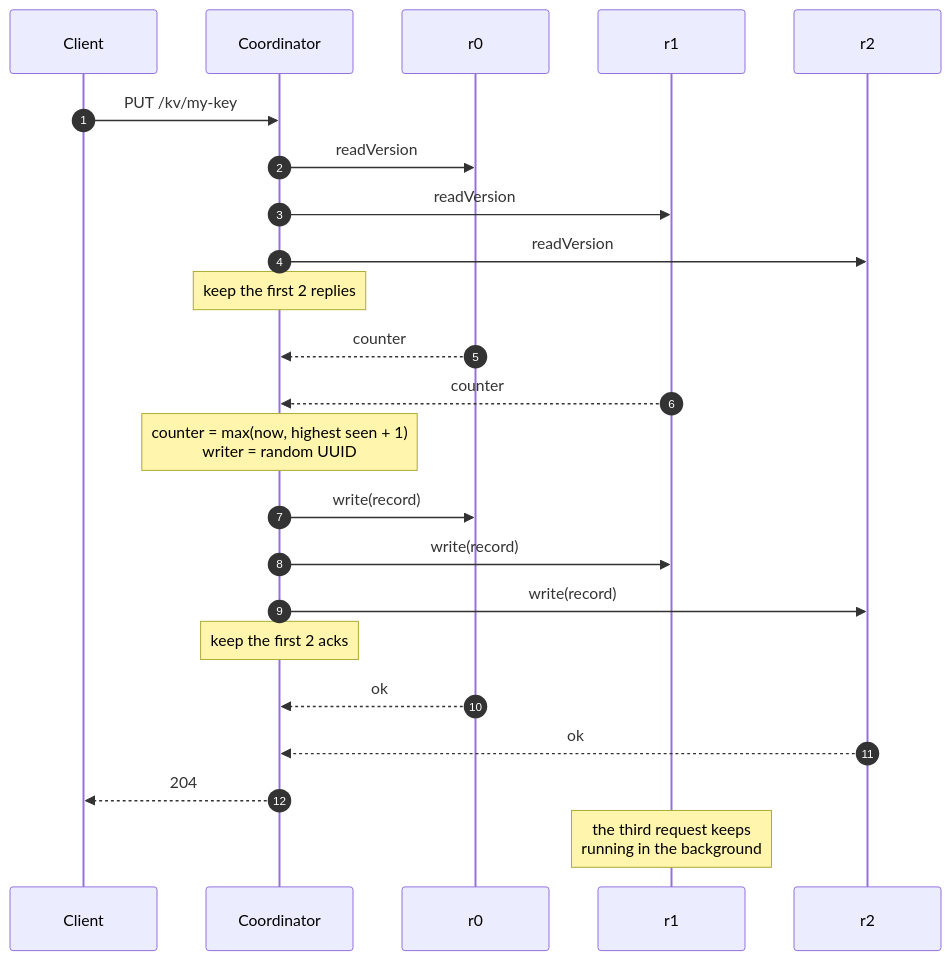
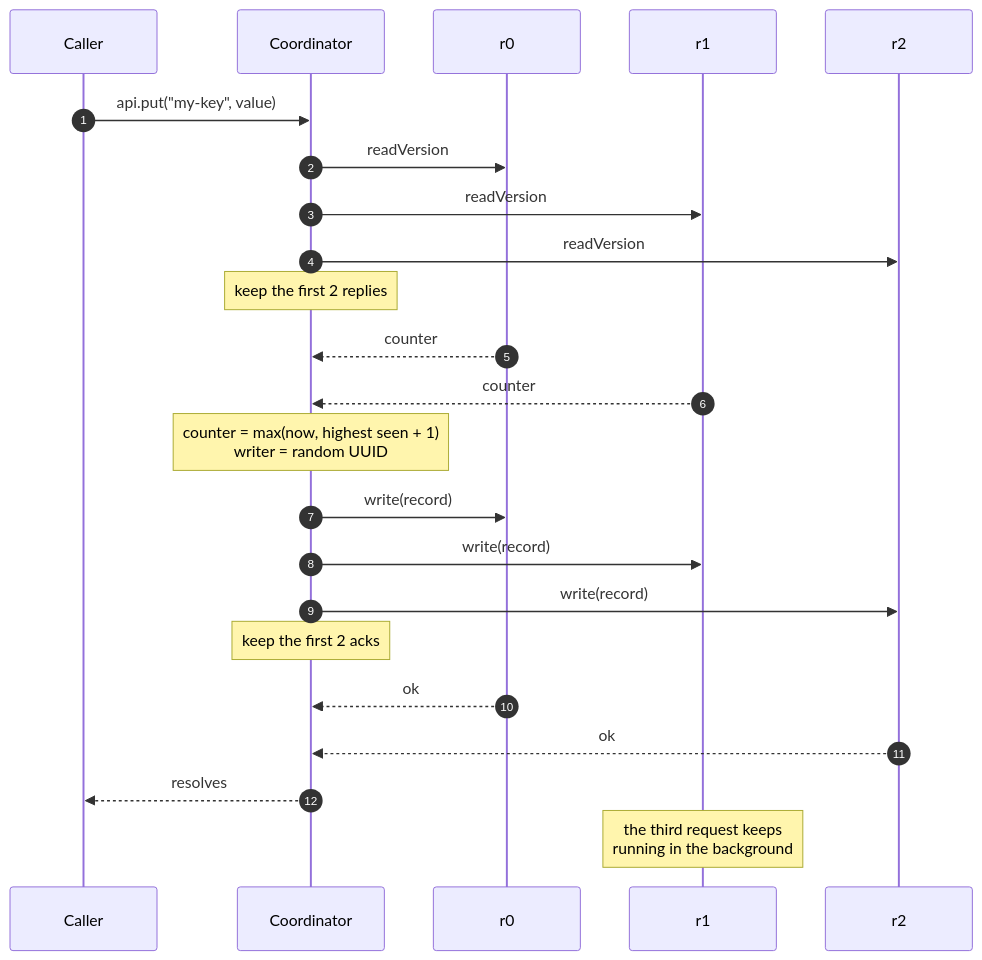
Before and after one commit to boarush/quorum-kv: the second of 4 diagrams in README.md, drawn with Mermaid. The commit also changed other lines of this file and 10 other files, not shown here.

````diff
--- a/README.md
+++ b/README.md
@@ -46,26 +46,26 @@
 ```mermaid
 sequenceDiagram
     autonumber
-    participant C as Client
+    participant C as Caller
     participant W as Coordinator
     participant R0 as r0
     participant R1 as r1
     participant R2 as r2
 
-    C->>W: PUT /kv/my-key
+    C->>W: api.put("my-key", value)
     W->>R0: readVersion
     W->>R1: readVersion
     W->>R2: readVersion
     Note over W: keep the first 2 replies
     R0-->>W: counter
     R1-->>W: counter
     Note over W: counter = max(now, highest seen + 1)<br/>writer = random UUID
     W->>R0: write(record)
     W->>R1: write(record)
     W->>R2: write(record)
     Note over W: keep the first 2 acks
     R0-->>W: ok
     R2-->>W: ok
-    W-->>C: 204
+    W-->>C: resolves
     Note over R1: the third request keeps<br/>running in the background
 ```
````
